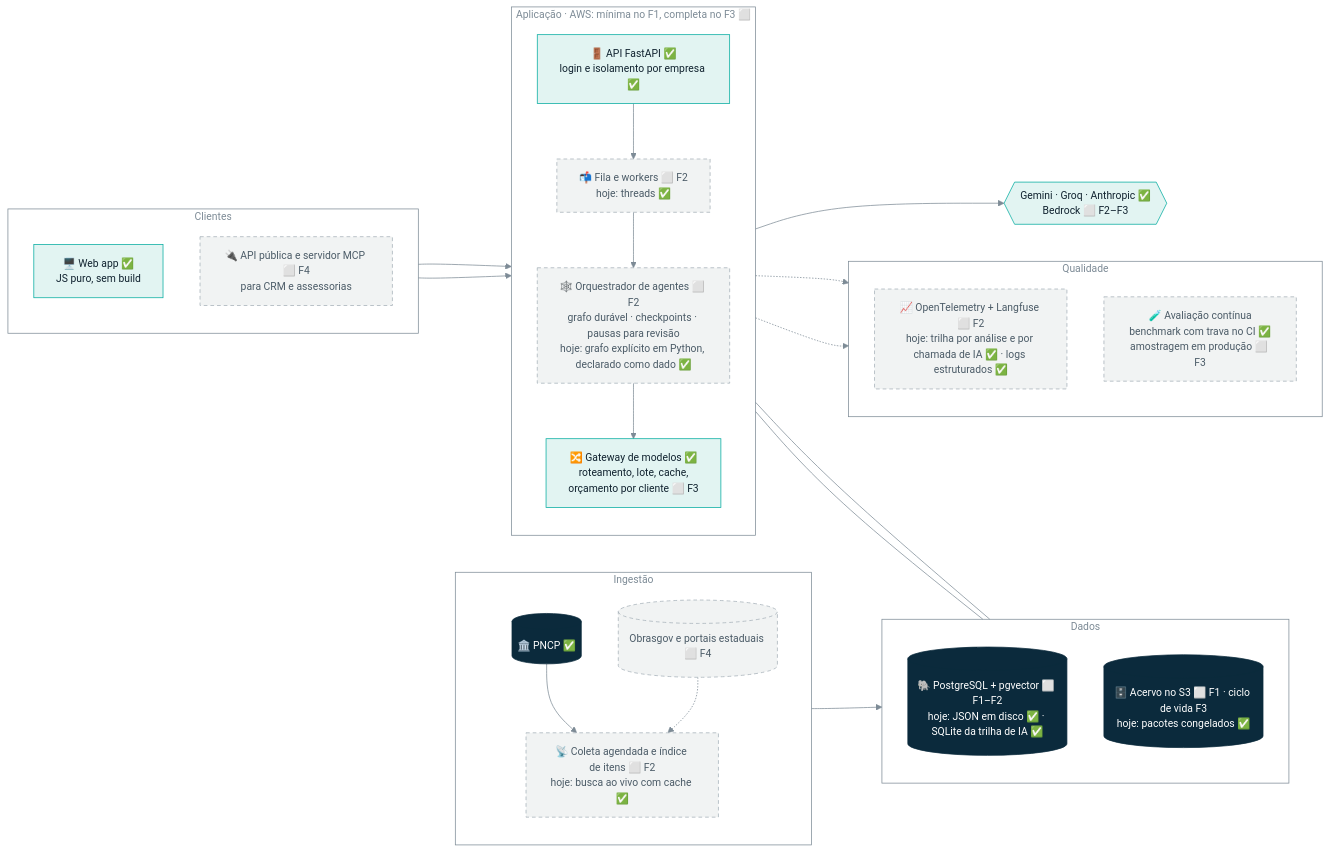
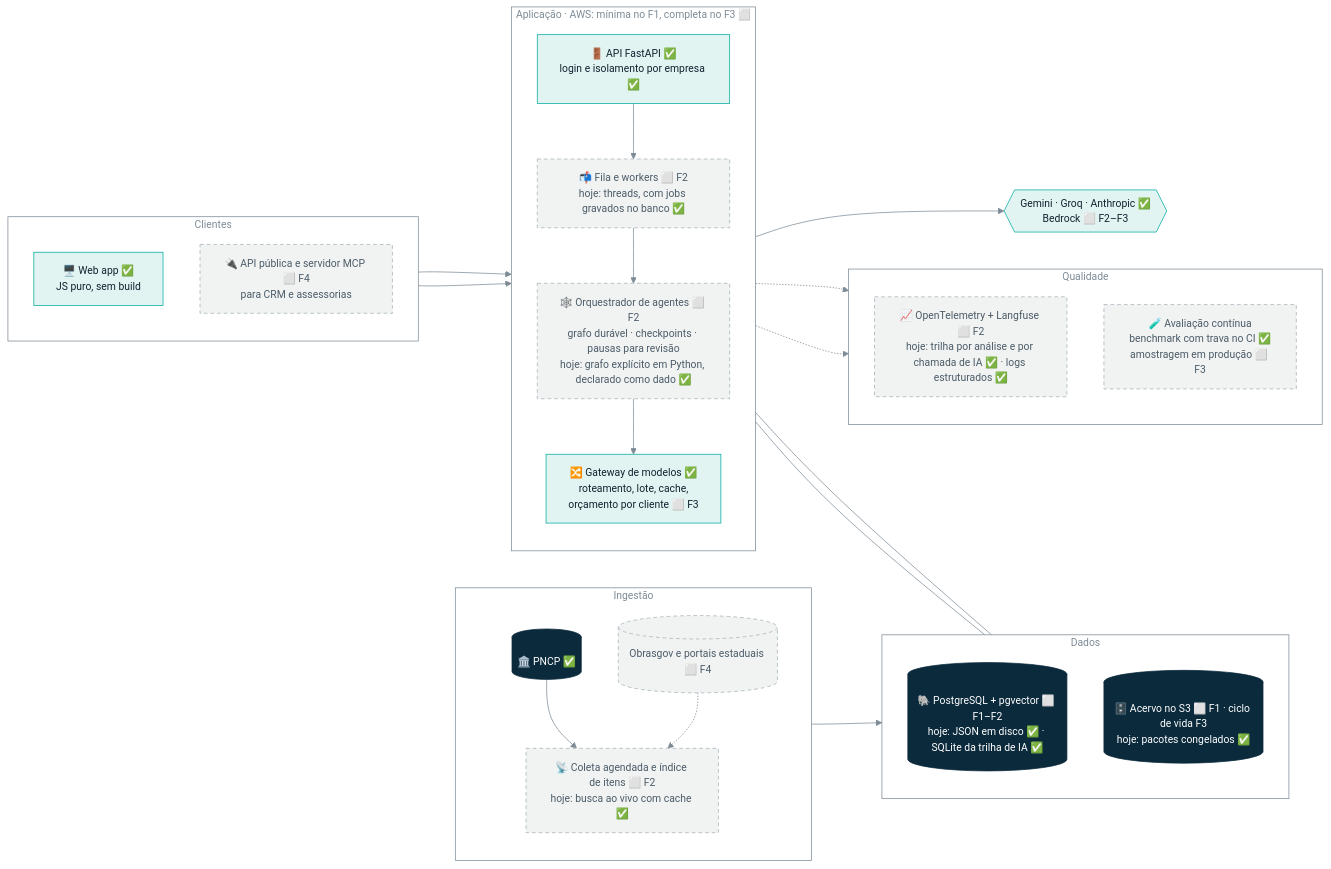
One commit to Omniamind-org/obranexo changed the fourth of 5 diagrams in README.md. Above: the diagram before and after it, drawn with Mermaid. The commit also changed other lines of this file and 4 other files, not shown here.

First line of the commit message:
feat(jobs): estado e eventos dos jobs no banco; retomada depois de um reinício

````diff
--- a/README.md
+++ b/README.md
@@ -418,45 +418,45 @@
 ```mermaid
 %%{init: {'theme':'base','themeVariables':{'primaryColor':'#e2f4f2','primaryTextColor':'#10222f','primaryBorderColor':'#00ab9f','lineColor':'#7d8b96','edgeLabelBackground':'#f1f3f3','fontSize':'14px','clusterBkg':'transparent','clusterBorder':'#7d8b96','titleColor':'#7d8b96'}}}%%
 flowchart LR
   subgraph CLI[" Clientes "]
     direction TB
     W[🖥️ Web app ✅<br/>JS puro, sem build]:::inf
     API2[🔌 API pública e servidor MCP ⬜ F4<br/>para CRM e assessorias]:::plan
   end
   subgraph APP[" Aplicação · AWS: mínima no F1, completa no F3 ⬜ "]
     direction TB
     G[🚪 API FastAPI ✅<br/>login e isolamento por empresa ✅]:::inf
-    Q[📬 Fila e workers ⬜ F2<br/>hoje: threads ✅]:::plan
+    Q[📬 Fila e workers ⬜ F2<br/>hoje: threads, com jobs gravados no banco ✅]:::plan
     OR[🕸️ Orquestrador de agentes ⬜ F2<br/>grafo durável · checkpoints · pausas para revisão<br/>hoje: grafo explícito em Python, declarado como dado ✅]:::plan
     GW[🔀 Gateway de modelos ✅<br/>roteamento, lote, cache,<br/>orçamento por cliente ⬜ F3]:::inf
   end
   subgraph DAT[" Dados "]
     direction TB
     PG[(🐘 PostgreSQL + pgvector ⬜ F1–F2<br/>hoje: JSON em disco ✅ · SQLite da trilha de IA ✅)]:::mem
     S3[(🗄️ Acervo no S3 ⬜ F1 · ciclo de vida F3<br/>hoje: pacotes congelados ✅)]:::mem
   end
   subgraph ING[" Ingestão "]
     direction TB
     PN[(🏛️ PNCP ✅)]:::mem
     IG[📡 Coleta agendada e índice de itens ⬜ F2<br/>hoje: busca ao vivo com cache ✅]:::plan
     OUT[(Obrasgov e portais estaduais ⬜ F4)]:::plan
   end
   subgraph OBS[" Qualidade "]
     direction TB
     OT[📈 OpenTelemetry + Langfuse ⬜ F2<br/>hoje: trilha por análise e por chamada de IA ✅ · logs estruturados ✅]:::plan
     EV[🧪 Avaliação contínua<br/>benchmark com trava no CI ✅<br/>amostragem em produção ⬜ F3]:::plan
   end
   LLM{{Gemini · Groq · Anthropic ✅<br/>Bedrock ⬜ F2–F3}}:::inf
   W --> G
   API2 --> G
   G --> Q --> OR --> GW --> LLM
   OR --- PG
   OR --- S3
   PN --> IG --> PG
   OUT -.-> IG
   OR -.-> OT
   OR -.-> EV
   classDef plan fill:#f1f3f3,stroke:#a5b0b8,color:#4b5b67,stroke-dasharray:5 4
   classDef mem fill:#0b2a3c,stroke:#0b2a3c,color:#ffffff
   classDef inf fill:#e2f4f2,stroke:#00ab9f,color:#10222f
 ```
````
